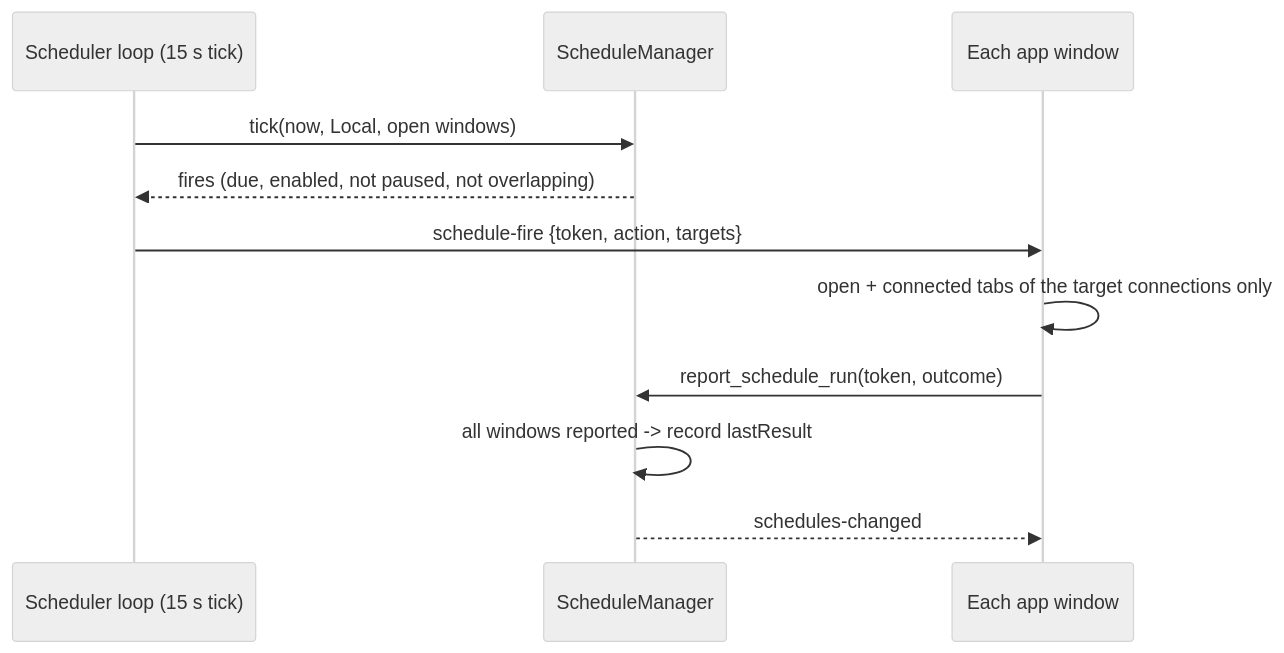
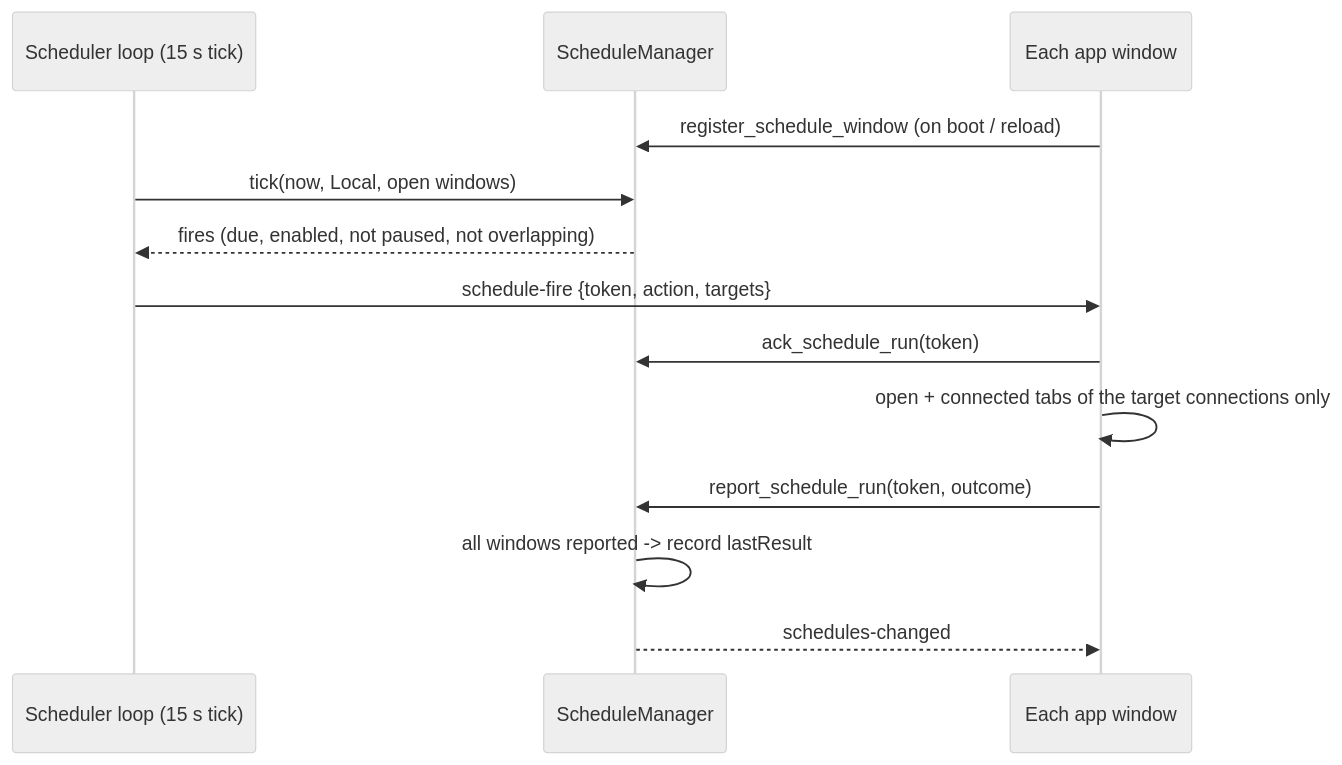
Diagram 26 of 32 in docs/architecture.md (armaxri/termiHub), drawn with Mermaid (neutral theme) before and after one commit. The commit also changed other lines of this file and 10 other files, not shown here.

````diff
--- a/docs/architecture.md
+++ b/docs/architecture.md
@@ -1213,13 +1213,15 @@
 ```mermaid
 sequenceDiagram
     participant L as Scheduler loop (15 s tick)
     participant M as ScheduleManager
     participant W as Each app window
+    W->>M: register_schedule_window (on boot / reload)
     L->>M: tick(now, Local, open windows)
     M-->>L: fires (due, enabled, not paused, not overlapping)
     L->>W: schedule-fire {token, action, targets}
+    W->>M: ack_schedule_run(token)
     W->>W: open + connected tabs of the target connections only
     W->>M: report_schedule_run(token, outcome)
     M->>M: all windows reported -> record lastResult
     M-->>W: schedules-changed
 ```
````
